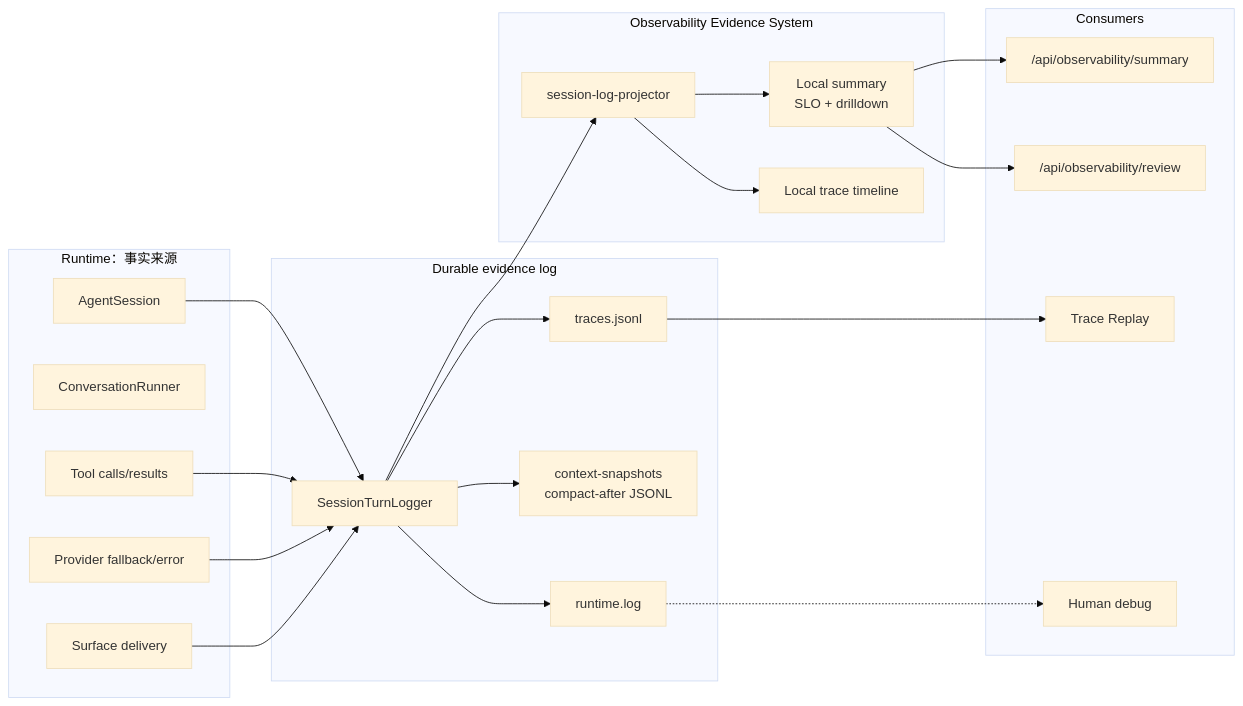
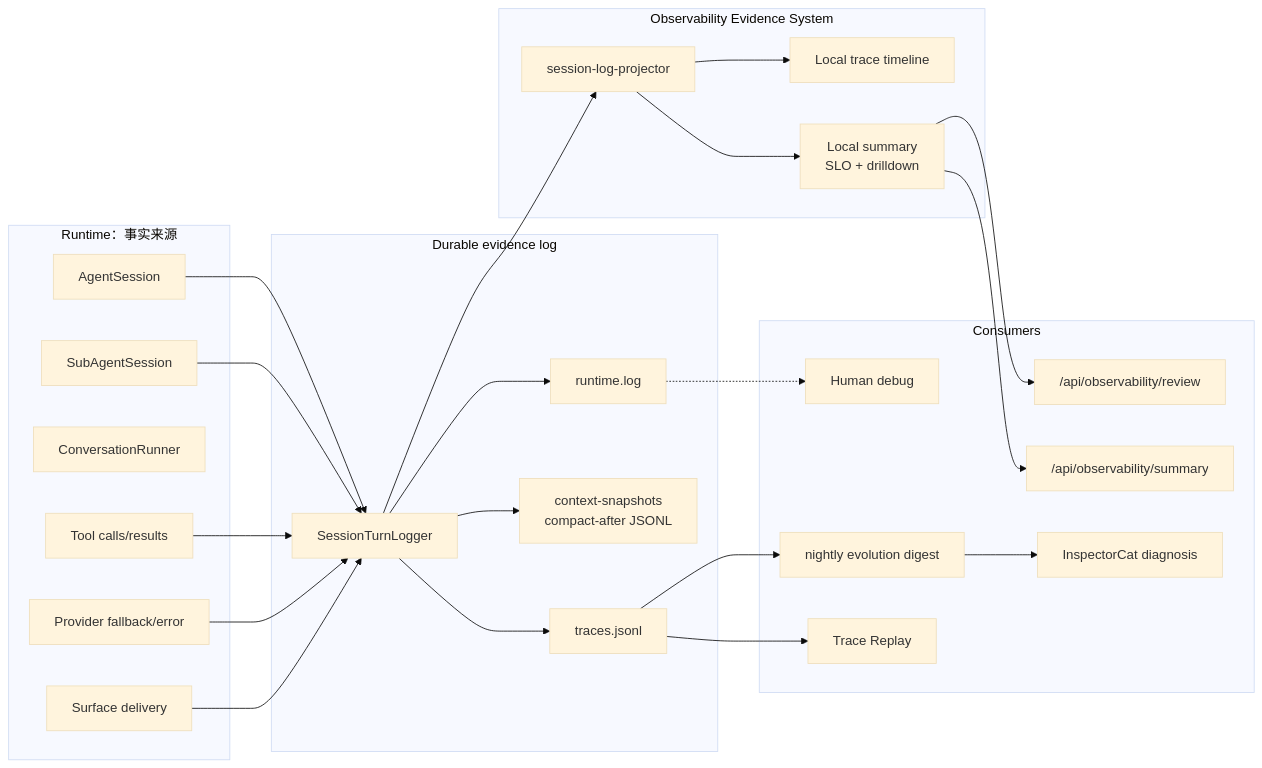
The first of 2 diagrams in docs/observability-evidence/SPEC.md (fightheyyy/XiaoBa-CLI), drawn with Mermaid (base theme) before and after one commit. The commit also changed other lines of this file and 103 other files, not shown here.

````diff
--- a/docs/observability-evidence/SPEC.md
+++ b/docs/observability-evidence/SPEC.md
@@ -40,45 +40,51 @@
 ```mermaid
 flowchart LR
     subgraph Runtime["Runtime：事实来源"]
         Session["AgentSession"]
+        Subagent["SubAgentSession"]
         Runner["ConversationRunner"]
         Tools["Tool calls/results"]
         Provider["Provider fallback/error"]
         Delivery["Surface delivery"]
     end
 
     subgraph Log["Durable evidence log"]
         Logger["SessionTurnLogger"]
         JSONL["traces.jsonl"]
         Snapshots["context-snapshots<br/>compact-after JSONL"]
         RuntimeLog["runtime.log"]
     end
 
     subgraph Evidence["Observability Evidence System"]
         Projector["session-log-projector"]
         Summary["Local summary<br/>SLO + drilldown"]
         Trace["Local trace timeline"]
     end
 
     subgraph Consumers["Consumers"]
         Api["/api/observability/summary"]
         Review["/api/observability/review"]
         Replay["Trace Replay"]
         Maintainer["Human debug"]
+        SleepDigest["nightly evolution digest"]
+        Inspector["InspectorCat diagnosis"]
     end
 
     Session --> Logger
+    Subagent --> Logger
     Tools --> Logger
     Provider --> Logger
     Delivery --> Logger
     Logger --> JSONL
     Logger --> Snapshots
     Logger --> RuntimeLog
     Logger --> Projector
     Projector --> Summary
     Projector --> Trace
     Summary --> Api
     Summary --> Review
     JSONL --> Replay
+    JSONL --> SleepDigest
+    SleepDigest --> Inspector
     RuntimeLog -.-> Maintainer
 ```
````
